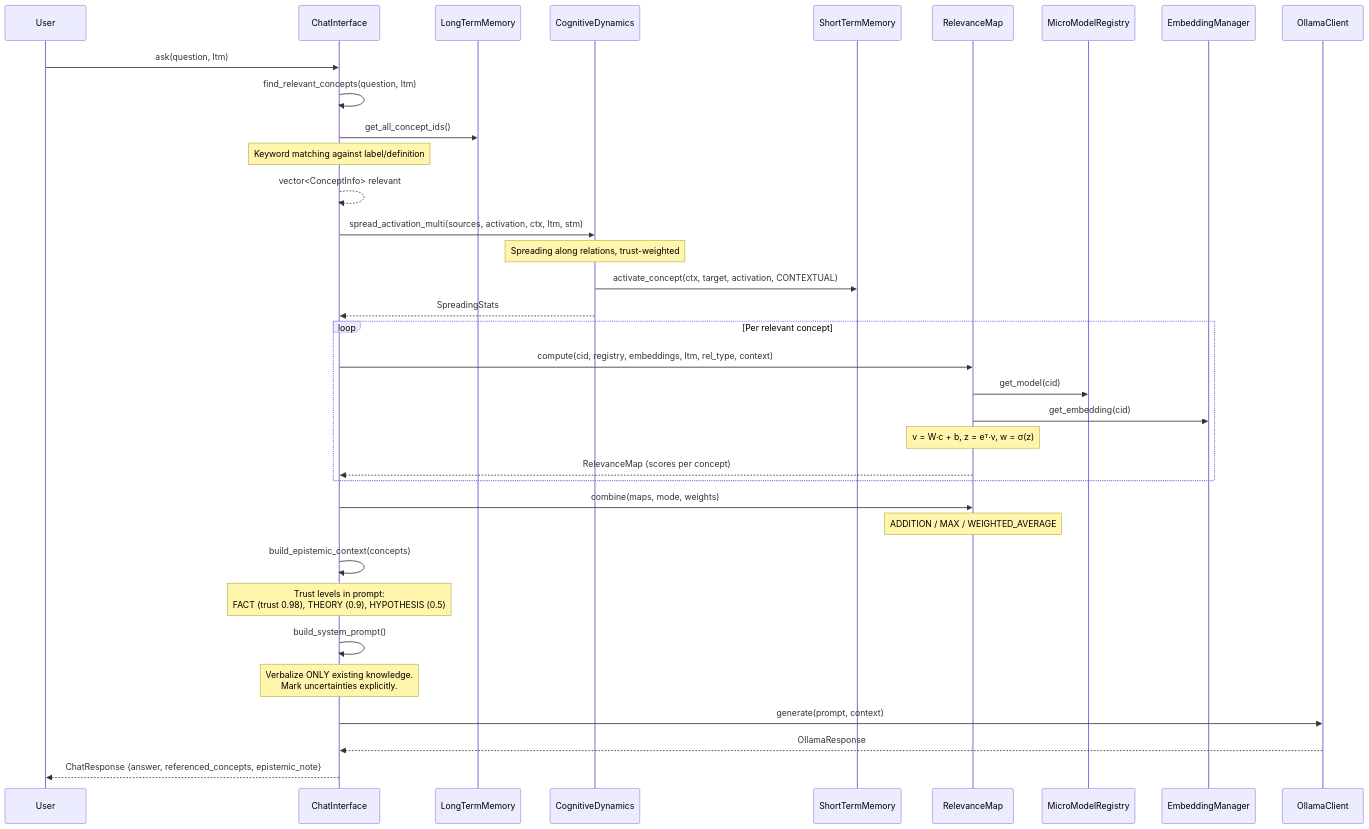
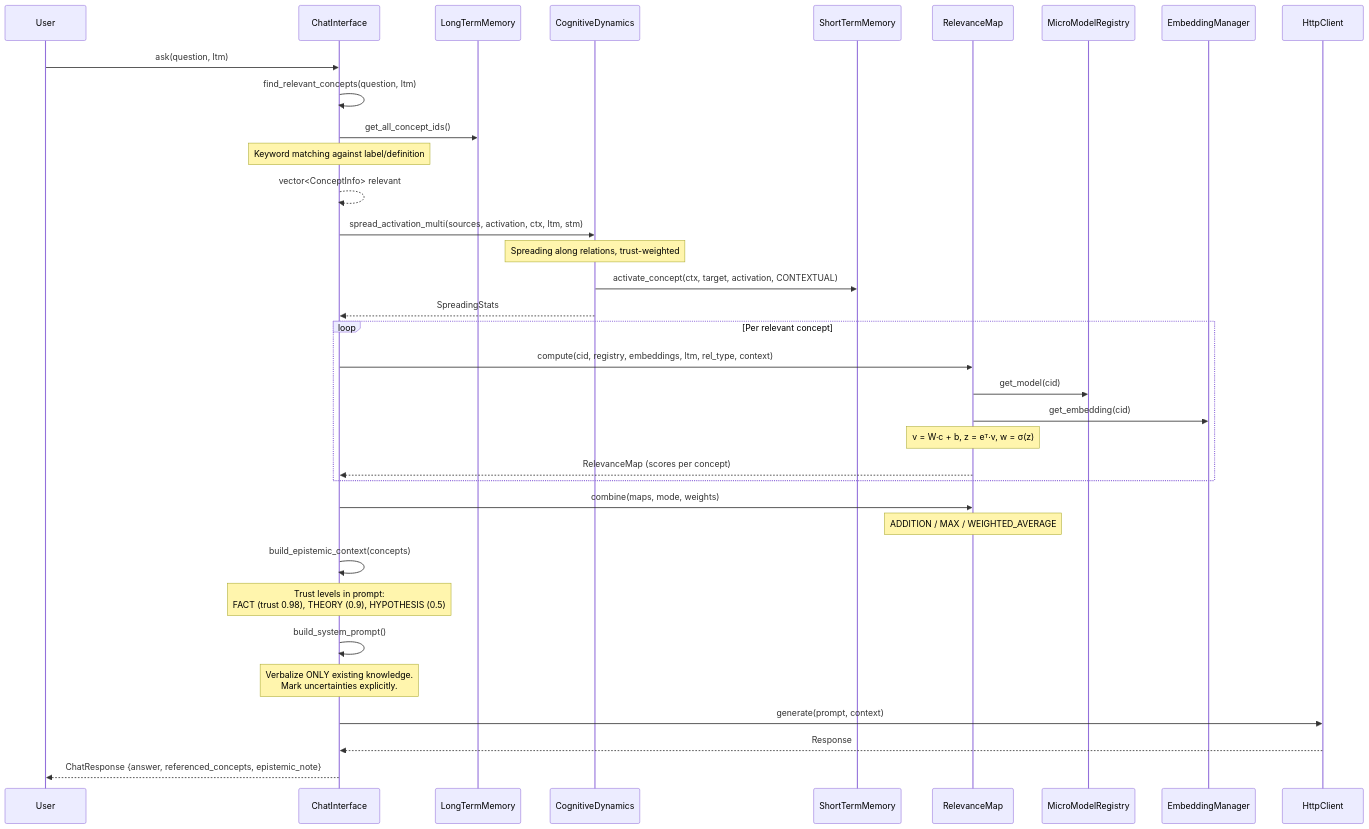
Before and after one commit to LtnNoob/Brain: the fifth of 17 diagrams in docs/ARCHITECTURE_DIAGRAMS.md, drawn with Mermaid. The commit also changed other lines of this file and 30 other files, not shown here.

````diff
--- a/docs/ARCHITECTURE_DIAGRAMS.md
+++ b/docs/ARCHITECTURE_DIAGRAMS.md
@@ -445,46 +445,46 @@
 ```mermaid
 sequenceDiagram
     participant User
     participant CI as ChatInterface
     participant LTM as LongTermMemory
     participant CD as CognitiveDynamics
     participant STM as ShortTermMemory
     participant RM as RelevanceMap
     participant MR as MicroModelRegistry
     participant EM as EmbeddingManager
-    participant OC as OllamaClient
+    participant OC as HttpClient
 
     User->>CI: ask(question, ltm)
 
     CI->>CI: find_relevant_concepts(question, ltm)
     CI->>LTM: get_all_concept_ids()
     Note over CI: Keyword matching against label/definition
     CI-->>CI: vector<ConceptInfo> relevant
 
     CI->>CD: spread_activation_multi(sources, activation, ctx, ltm, stm)
     Note over CD: Spreading along relations, trust-weighted
     CD->>STM: activate_concept(ctx, target, activation, CONTEXTUAL)
     CD-->>CI: SpreadingStats
 
     loop Per relevant concept
         CI->>RM: compute(cid, registry, embeddings, ltm, rel_type, context)
         RM->>MR: get_model(cid)
         RM->>EM: get_embedding(cid)
         Note over RM: v = W·c + b, z = eᵀ·v, w = σ(z)
         RM-->>CI: RelevanceMap (scores per concept)
     end
 
     CI->>RM: combine(maps, mode, weights)
     Note over RM: ADDITION / MAX / WEIGHTED_AVERAGE
 
     CI->>CI: build_epistemic_context(concepts)
     Note over CI: Trust levels in prompt:<br/>FACT (trust 0.98), THEORY (0.9), HYPOTHESIS (0.5)
 
     CI->>CI: build_system_prompt()
     Note over CI: Verbalize ONLY existing knowledge.<br/>Mark uncertainties explicitly.
 
     CI->>OC: generate(prompt, context)
-    OC-->>CI: OllamaResponse
+    OC-->>CI: Response
 
     CI-->>User: ChatResponse {answer, referenced_concepts, epistemic_note}
 ```
````
